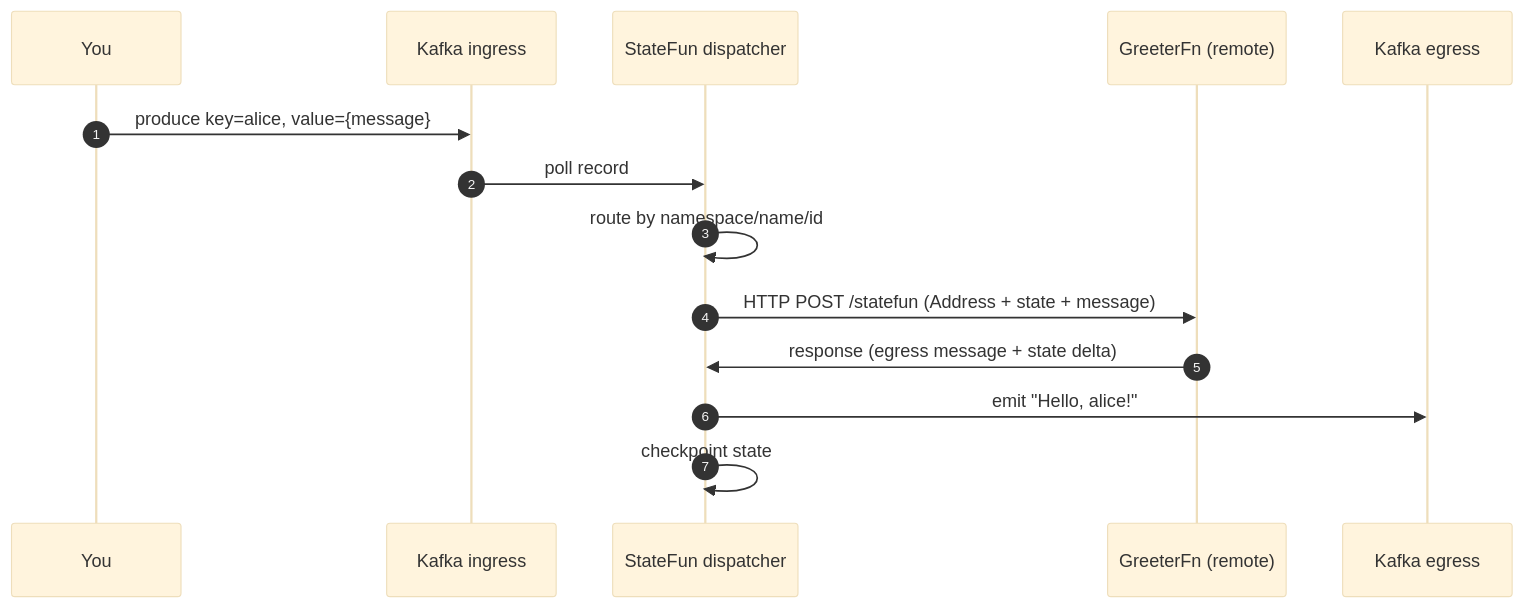
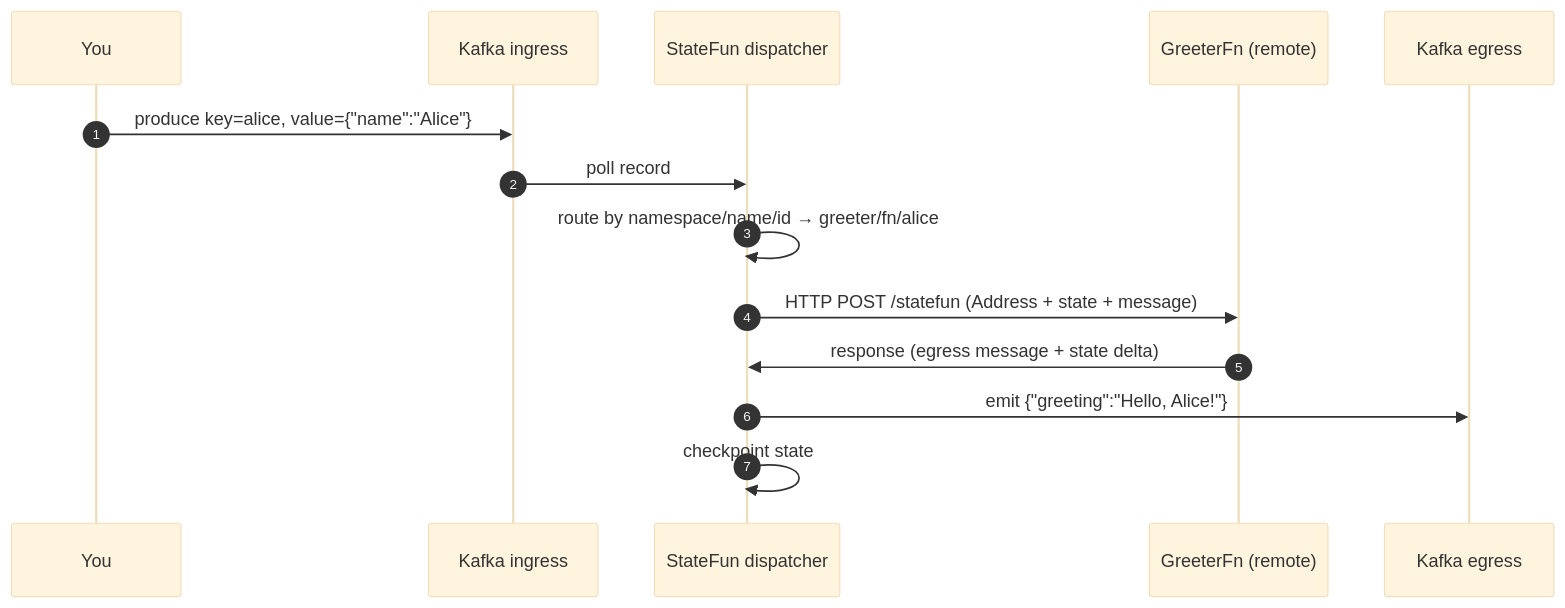
The diagram in docs/quickstart.md (kzmlabs/flink-statefun), drawn with Mermaid (base theme) before and after one commit. The commit also changed other lines of this file and 11 other files, not shown here.

````diff
--- a/docs/quickstart.md
+++ b/docs/quickstart.md
@@ -103,17 +92,17 @@
 ```mermaid
 sequenceDiagram
     autonumber
     participant You
     participant K as Kafka ingress
     participant SF as StateFun dispatcher
     participant Fn as GreeterFn (remote)
     participant E as Kafka egress
 
-    You->>K: produce key=alice, value={message}
+    You->>K: produce key=alice, value={"name":"Alice"}
     K->>SF: poll record
-    SF->>SF: route by namespace/name/id
+    SF->>SF: route by namespace/name/id → greeter/fn/alice
     SF->>Fn: HTTP POST /statefun (Address + state + message)
     Fn->>SF: response (egress message + state delta)
-    SF->>E: emit "Hello, alice!"
+    SF->>E: emit {"greeting":"Hello, Alice!"}
     SF->>SF: checkpoint state
 ```
````
